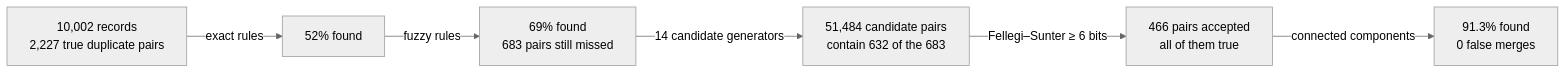
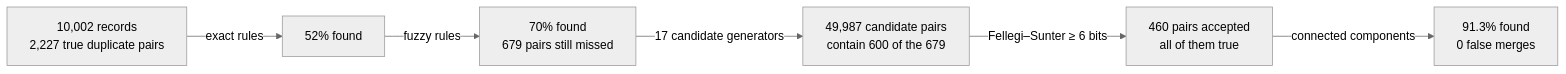
One commit to mvsbm/entity_matching changed the diagram in README.md. Above: the diagram before and after it, drawn with Mermaid (neutral theme). The commit also changed other lines of this file and 48 other files, not shown here.

````diff
--- a/README.md
+++ b/README.md
@@ -47,8 +47,8 @@
 ```mermaid
 flowchart LR
   A["10,002 records<br/>2,227 true duplicate pairs"] -->|"exact rules"| B["52% found"]
-  B -->|"fuzzy rules"| C["69% found<br/>683 pairs still missed"]
-  C -->|"14 candidate generators"| D["51,484 candidate pairs<br/>contain 632 of the 683"]
-  D -->|"Fellegi–Sunter ≥ 6 bits"| E["466 pairs accepted<br/>all of them true"]
+  B -->|"fuzzy rules"| C["70% found<br/>679 pairs still missed"]
+  C -->|"17 candidate generators"| D["49,987 candidate pairs<br/>contain 600 of the 679"]
+  D -->|"Fellegi–Sunter ≥ 6 bits"| E["460 pairs accepted<br/>all of them true"]
   E -->|"connected components"| F["91.3% found<br/>0 false merges"]
 ```
````
